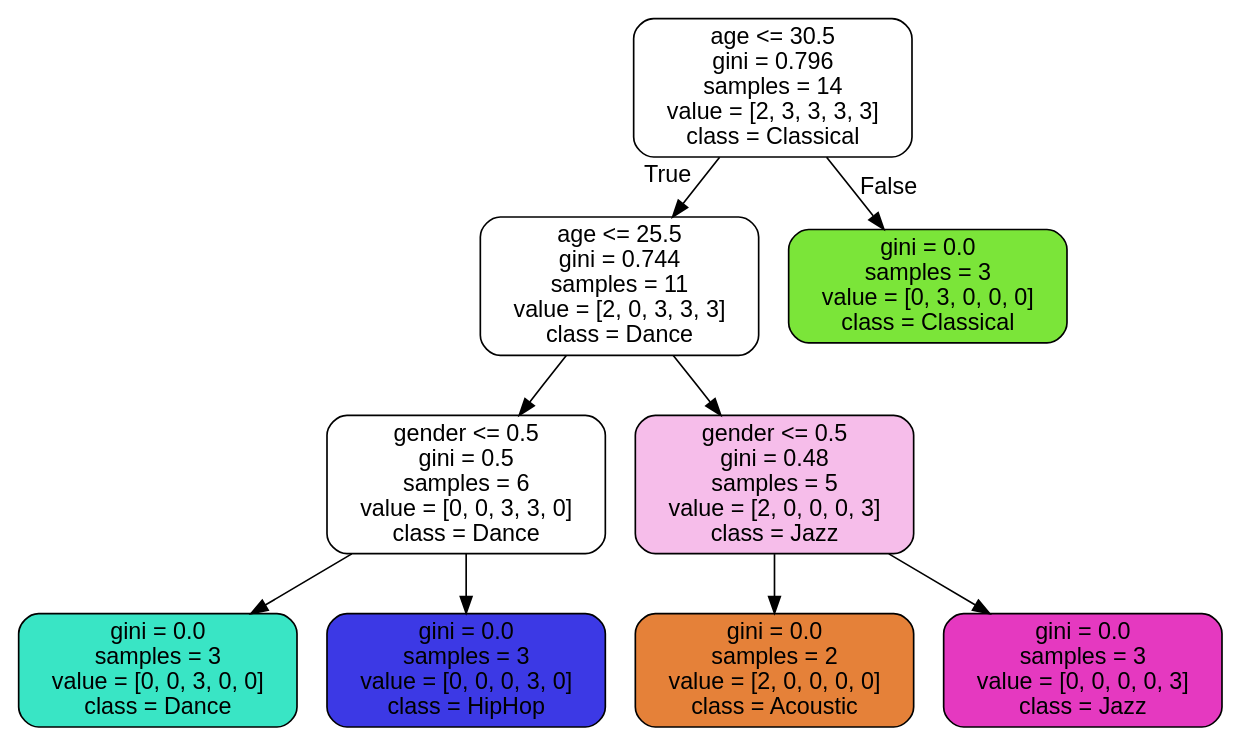
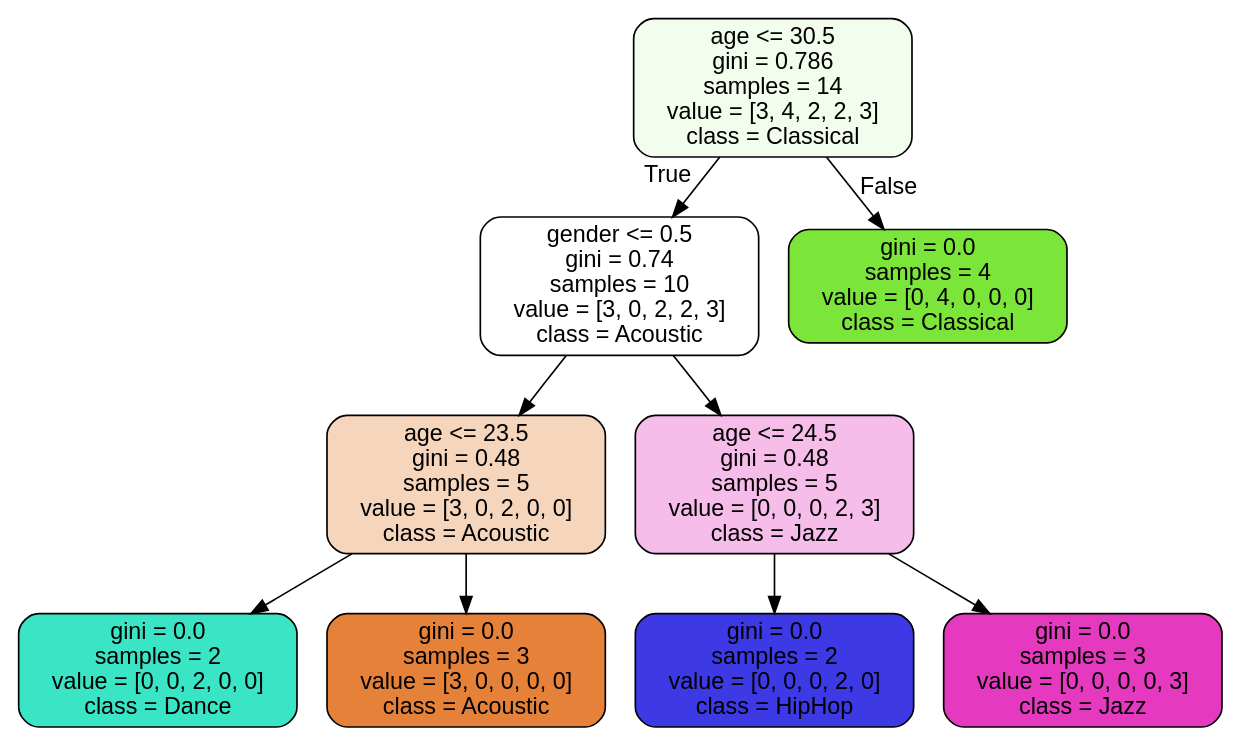
Before and after one commit to perfait/music-classifier: the diagram in music-recommender.dot, drawn with Graphviz. The commit also changed 2 other files, not shown here.

```diff
--- a/music-recommender.dot
+++ b/music-recommender.dot
@@ -1,21 +1,21 @@
 digraph Tree {
 node [shape=box, style="filled, rounded", color="black", fontname=helvetica] ;
 edge [fontname=helvetica] ;
-0 [label="age <= 30.5\ngini = 0.796\nsamples = 14\nvalue = [2, 3, 3, 3, 3]\nclass = Classical", fillcolor="#ffffff"] ;
-1 [label="age <= 25.5\ngini = 0.744\nsamples = 11\nvalue = [2, 0, 3, 3, 3]\nclass = Dance", fillcolor="#ffffff"] ;
+0 [label="age <= 30.5\ngini = 0.786\nsamples = 14\nvalue = [3, 4, 2, 2, 3]\nclass = Classical", fillcolor="#f3fded"] ;
+1 [label="gender <= 0.5\ngini = 0.74\nsamples = 10\nvalue = [3, 0, 2, 2, 3]\nclass = Acoustic", fillcolor="#ffffff"] ;
 0 -> 1 [labeldistance=2.5, labelangle=45, headlabel="True"] ;
-2 [label="gender <= 0.5\ngini = 0.5\nsamples = 6\nvalue = [0, 0, 3, 3, 0]\nclass = Dance", fillcolor="#ffffff"] ;
+2 [label="age <= 23.5\ngini = 0.48\nsamples = 5\nvalue = [3, 0, 2, 0, 0]\nclass = Acoustic", fillcolor="#f6d5bd"] ;
 1 -> 2 ;
-3 [label="gini = 0.0\nsamples = 3\nvalue = [0, 0, 3, 0, 0]\nclass = Dance", fillcolor="#39e5c5"] ;
+3 [label="gini = 0.0\nsamples = 2\nvalue = [0, 0, 2, 0, 0]\nclass = Dance", fillcolor="#39e5c5"] ;
 2 -> 3 ;
-4 [label="gini = 0.0\nsamples = 3\nvalue = [0, 0, 0, 3, 0]\nclass = HipHop", fillcolor="#3c39e5"] ;
+4 [label="gini = 0.0\nsamples = 3\nvalue = [3, 0, 0, 0, 0]\nclass = Acoustic", fillcolor="#e58139"] ;
 2 -> 4 ;
-5 [label="gender <= 0.5\ngini = 0.48\nsamples = 5\nvalue = [2, 0, 0, 0, 3]\nclass = Jazz", fillcolor="#f6bdea"] ;
+5 [label="age <= 24.5\ngini = 0.48\nsamples = 5\nvalue = [0, 0, 0, 2, 3]\nclass = Jazz", fillcolor="#f6bdea"] ;
 1 -> 5 ;
-6 [label="gini = 0.0\nsamples = 2\nvalue = [2, 0, 0, 0, 0]\nclass = Acoustic", fillcolor="#e58139"] ;
+6 [label="gini = 0.0\nsamples = 2\nvalue = [0, 0, 0, 2, 0]\nclass = HipHop", fillcolor="#3c39e5"] ;
 5 -> 6 ;
 7 [label="gini = 0.0\nsamples = 3\nvalue = [0, 0, 0, 0, 3]\nclass = Jazz", fillcolor="#e539c0"] ;
 5 -> 7 ;
-8 [label="gini = 0.0\nsamples = 3\nvalue = [0, 3, 0, 0, 0]\nclass = Classical", fillcolor="#7be539"] ;
+8 [label="gini = 0.0\nsamples = 4\nvalue = [0, 4, 0, 0, 0]\nclass = Classical", fillcolor="#7be539"] ;
 0 -> 8 [labeldistance=2.5, labelangle=-45, headlabel="False"] ;
 }
```
